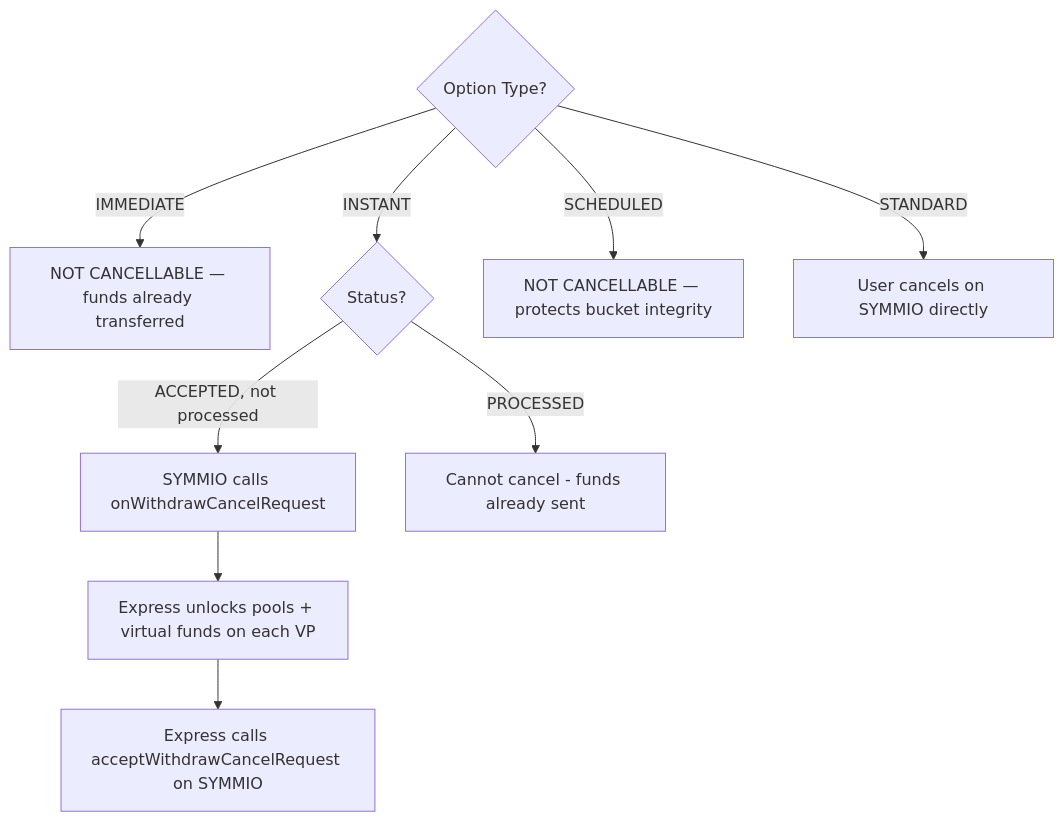
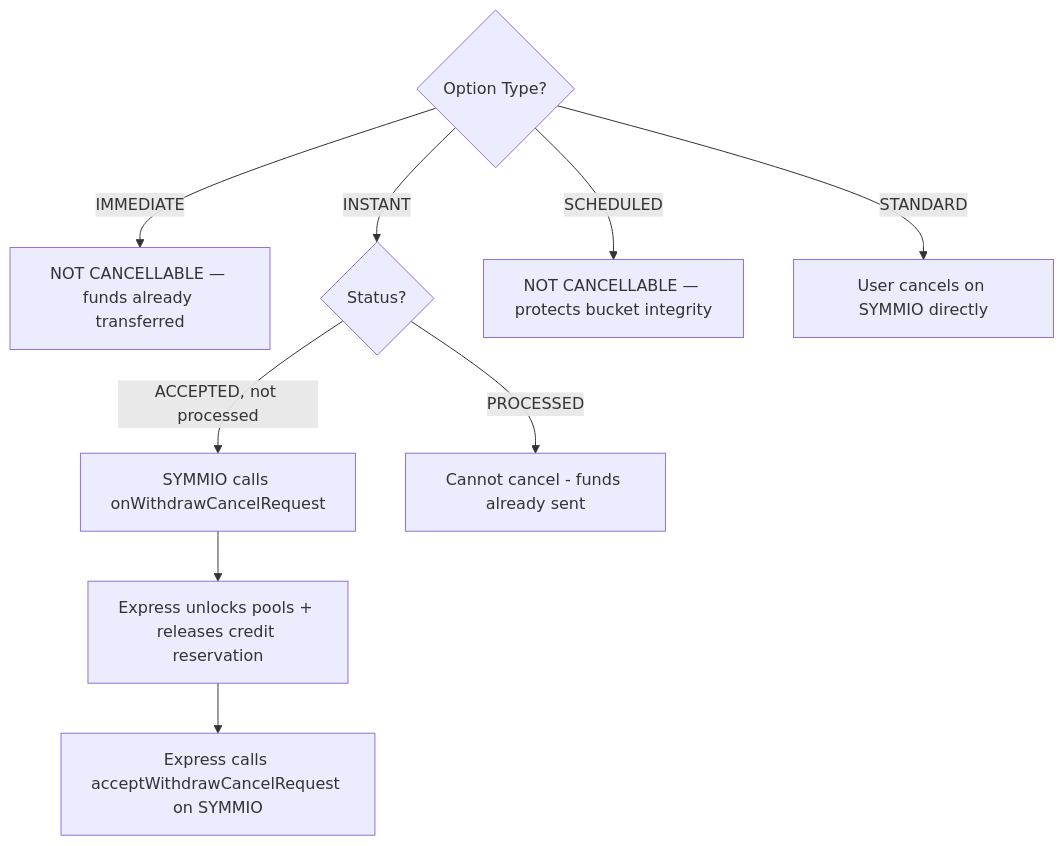
Diagram 11 of 16 in docs/v0.8.6/express-withdrawal-system-design.md (SYMM-IO/perps-core), drawn with Mermaid before and after one commit. The commit also changed other lines of this file and 9 other files, not shown here.

Commit message:
docs: replace VirtualProvider with Credit Line system in express provider docs

````diff
--- a/docs/v0.8.6/express-withdrawal-system-design.md
+++ b/docs/v0.8.6/express-withdrawal-system-design.md
@@ -659,14 +652,14 @@
 ```mermaid
 flowchart TD
     A{Option Type?}
     A -->|IMMEDIATE| Z[NOT CANCELLABLE — funds already transferred]
     A -->|INSTANT| B{Status?}
     A -->|SCHEDULED| C[NOT CANCELLABLE — protects bucket integrity]
     A -->|STANDARD| D[User cancels on SYMMIO directly]
 
     B -->|ACCEPTED, not processed| E[SYMMIO calls onWithdrawCancelRequest]
-    E --> F[Express unlocks pools + virtual funds on each VP]
+    E --> F[Express unlocks pools + releases credit reservation]
     F --> G[Express calls acceptWithdrawCancelRequest on SYMMIO]
 
     B -->|PROCESSED| H[Cannot cancel - funds already sent]
 ```
````
